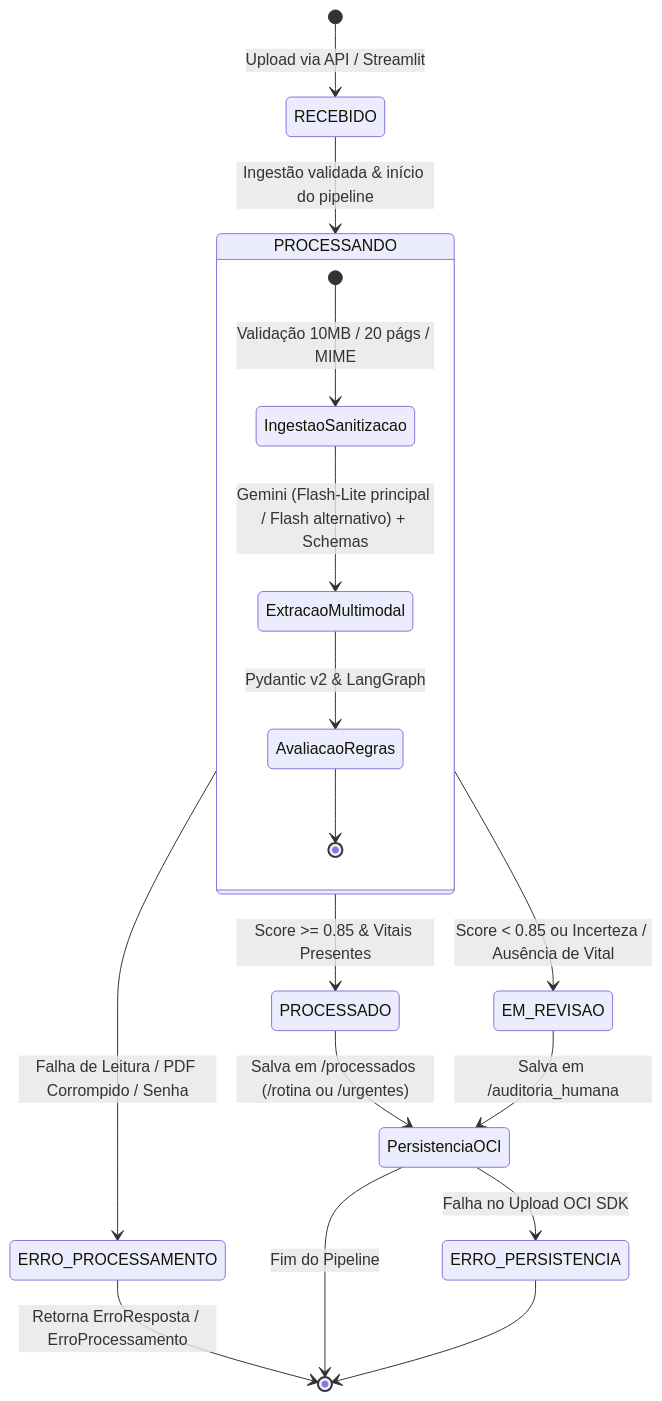
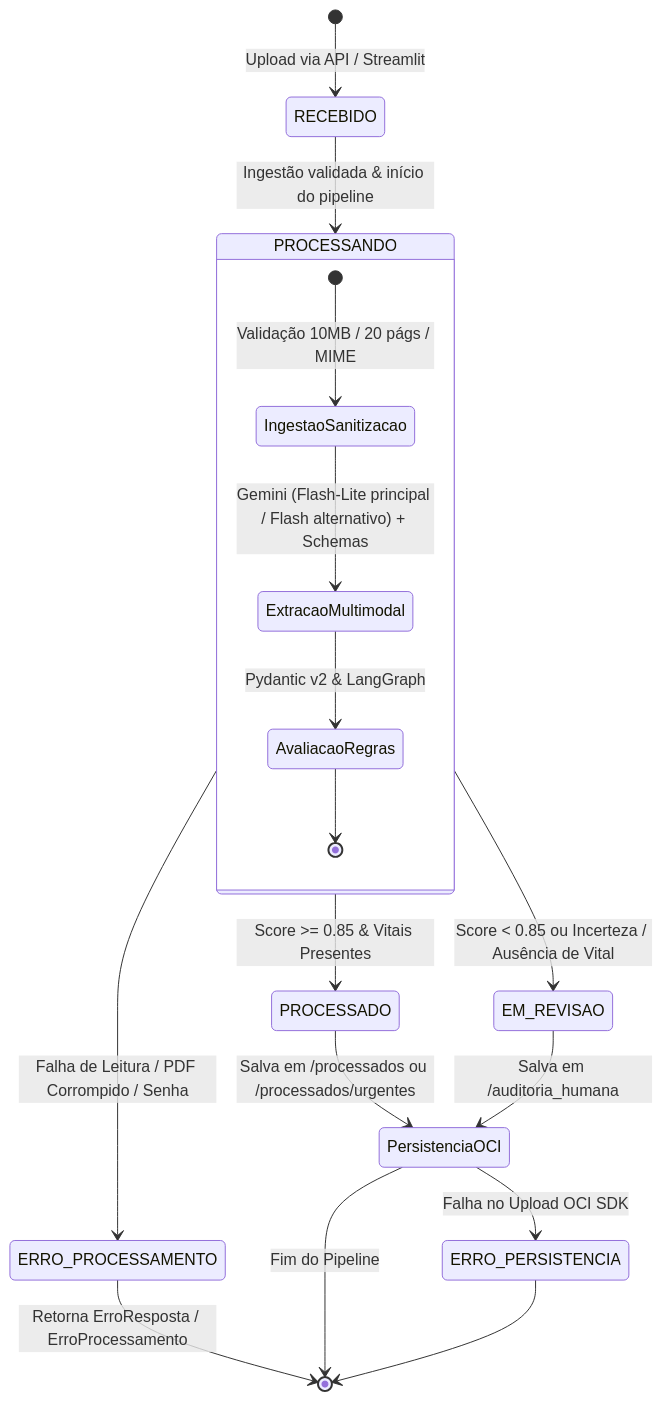
The second of 3 diagrams in ARQUITETURA.md (No-Country-simulation/g10-brasil-equipe-15_mediflow), drawn with Mermaid before and after one commit. The commit also changed other lines of this file and 5 other files, not shown here.

````diff
--- a/ARQUITETURA.md
+++ b/ARQUITETURA.md
@@ -183,24 +188,24 @@
 ```mermaid
 stateDiagram-v2
     [*] --> RECEBIDO: Upload via API / Streamlit
     RECEBIDO --> PROCESSANDO: Ingestão validada & início do pipeline
     
     state PROCESSANDO {
         [*] --> IngestaoSanitizacao: Validação 10MB / 20 págs / MIME
         IngestaoSanitizacao --> ExtracaoMultimodal: Gemini (Flash-Lite principal / Flash alternativo) + Schemas
         ExtracaoMultimodal --> AvaliacaoRegras: Pydantic v2 & LangGraph
         AvaliacaoRegras --> [*]
     }
 
     PROCESSANDO --> PROCESSADO: Score >= 0.85 & Vitais Presentes
     PROCESSANDO --> EM_REVISAO: Score < 0.85 ou Incerteza / Ausência de Vital
     PROCESSANDO --> ERRO_PROCESSAMENTO: Falha de Leitura / PDF Corrompido / Senha
     
-    PROCESSADO --> PersistenciaOCI: Salva em /processados (/rotina ou /urgentes)
+    PROCESSADO --> PersistenciaOCI: Salva em /processados ou /processados/urgentes
     EM_REVISAO --> PersistenciaOCI: Salva em /auditoria_humana
     ERRO_PROCESSAMENTO --> [*]: Retorna ErroResposta / ErroProcessamento
 
     PersistenciaOCI --> [*]: Fim do Pipeline
     PersistenciaOCI --> ERRO_PERSISTENCIA: Falha no Upload OCI SDK
     ERRO_PERSISTENCIA --> [*]
 ```
````
